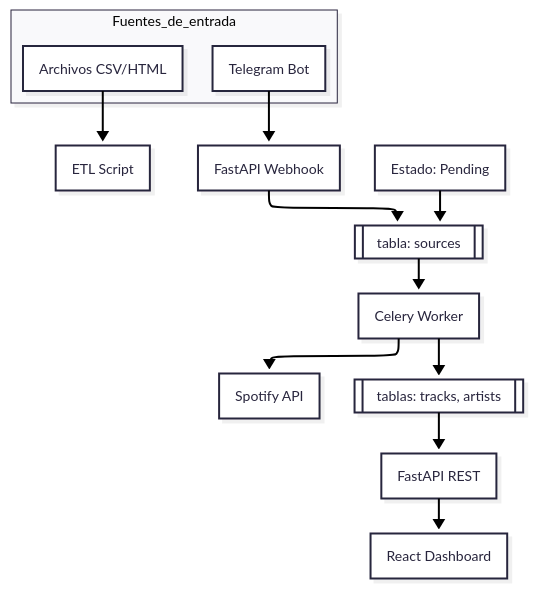
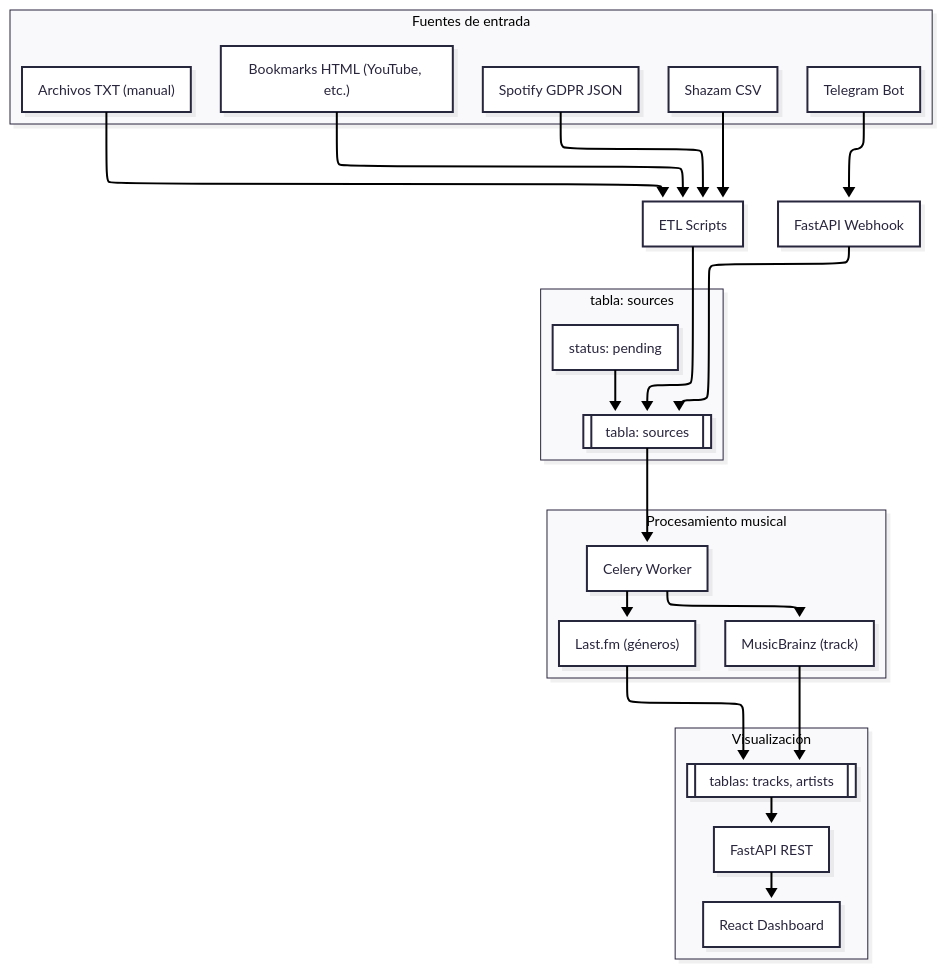
One commit to GeraldAC/P06-GestorMusicalCentralizado changed the diagram in README.md. Above: the diagram before and after it, drawn with Mermaid. The commit also changed other lines of this file and 2 other files, not shown here.

Commit message:
docs: update and expand initial project documentation

````diff
--- a/README.md
+++ b/README.md
@@ -23,21 +24,51 @@
 ```mermaid
 ---
 config:
   layout: elk
   look: neo
   theme: redux
 ---
 flowchart TB
- subgraph Fuentes_de_entrada["Fuentes_de_entrada"]
-        A["Archivos CSV/HTML"]
-        B["Telegram Bot"]
-  end
-    A --> C["ETL Script"]
-    E[["tabla: sources"]] --> F["Celery Worker"]
-    F --> n3["Spotify API"] & H[["tablas: tracks, artists"]]
-    H --> I["FastAPI REST"]
-    I --> J["React Dashboard"]
-    B --> D["FastAPI Webhook"]
-    D --> E
-    n2["Estado: Pending"] --> E
+
+    %% Fuentes de entrada
+    subgraph Fuentes_de_entrada["Fuentes de entrada"]
+        A["Bookmarks HTML (YouTube, etc.)"]
+        B["Shazam CSV"]
+        C["Spotify GDPR JSON"]
+        D["Archivos TXT (manual)"]
+        E["Telegram Bot"]
+    end
+
+    A --> F["ETL Scripts"]
+    B --> F
+    C --> F
+    D --> F
+    F --> G[["tabla: sources"]]
+
+    E --> H["FastAPI Webhook"]
+    H --> G
+
+    %% Estado pending
+    subgraph Sources["tabla: sources"]
+        G
+        P["status: pending"]
+        P --> G
+    end
+
+    %% Procesamiento con Celery y APIs externas
+    G --> I["Celery Worker"]
+
+    subgraph Procesamiento["Procesamiento musical"]
+        I --> J["MusicBrainz (track)"]
+        I --> K["Last.fm (géneros)"]
+    end
+
+    J --> L[["tablas: tracks, artists"]]
+    K --> L
+
+    %% Visualización
+    subgraph Visualizacion["Visualización"]
+        L --> M["FastAPI REST"]
+        M --> N["React Dashboard"]
+    end
 ```
````
